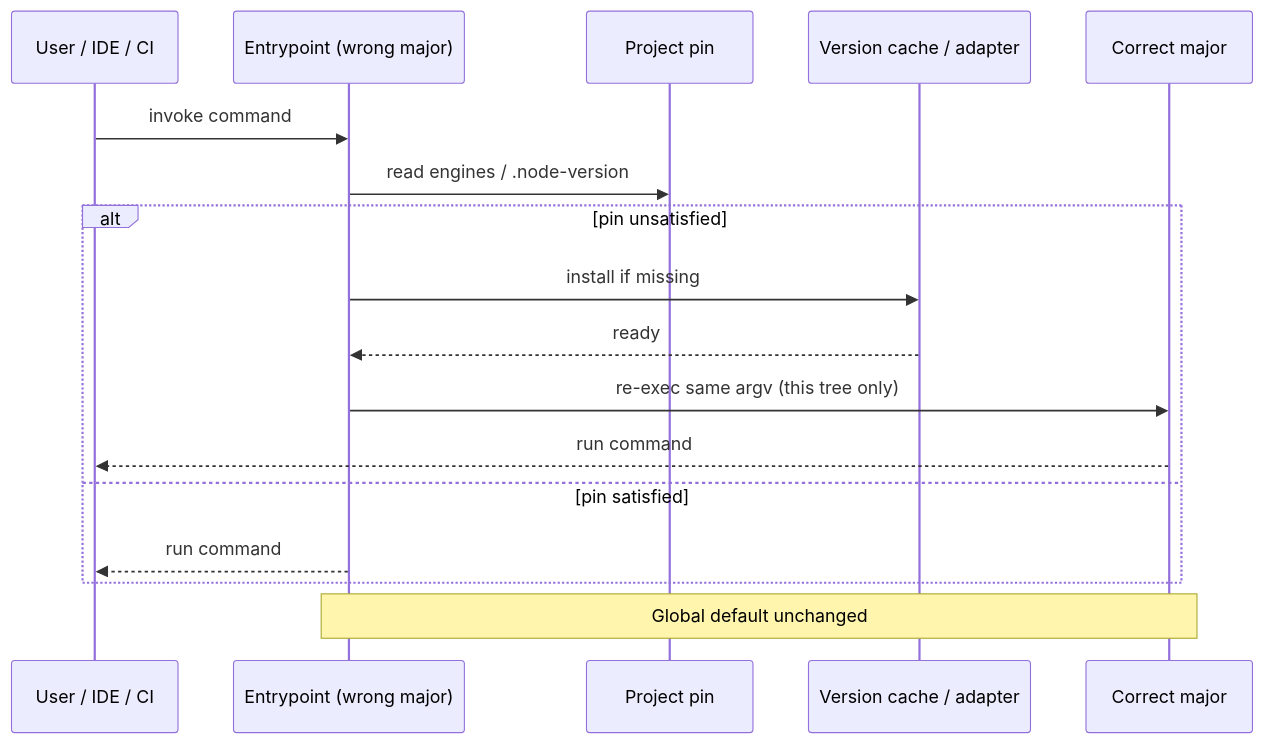
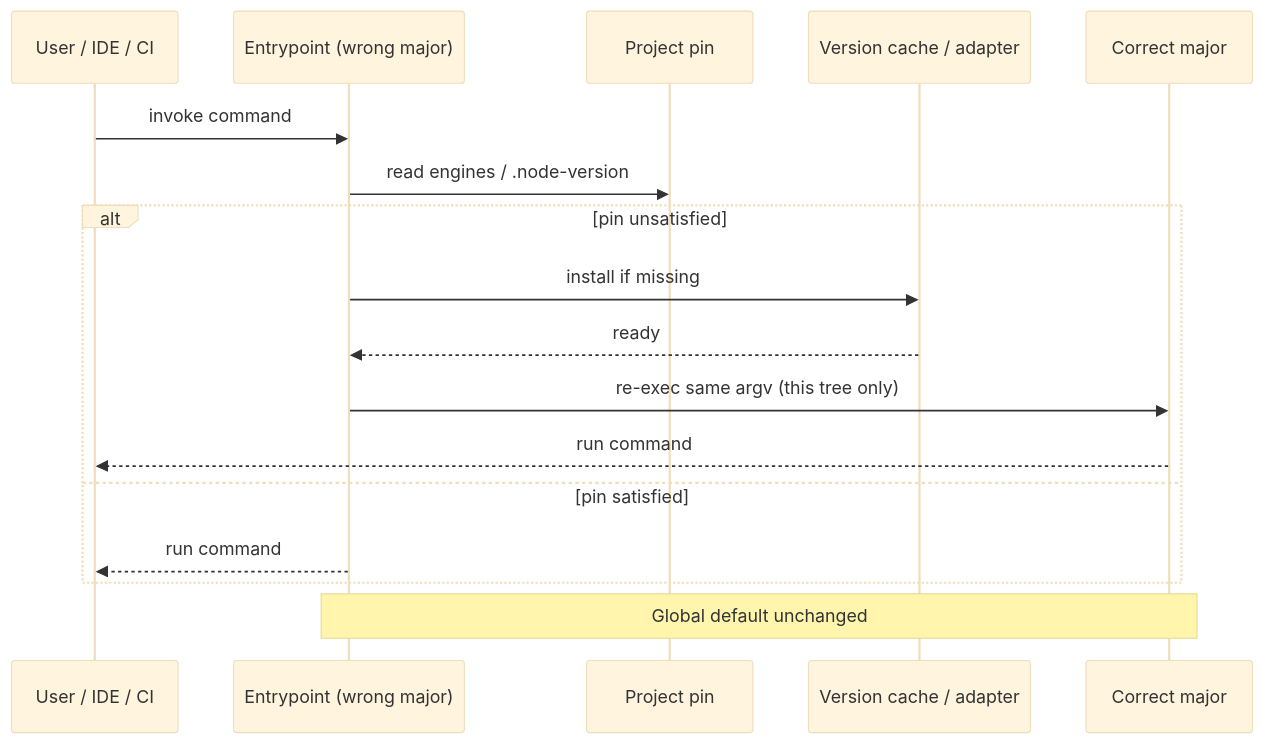
One commit to openshellorg/shell-architecture changed the diagram in docs/modules/ROOT/partials/diagrams/honest-entrypoint-dispatch.mmd. Above: the diagram before and after it, drawn with Mermaid. The commit also changed 57 other files, not shown here.

Commit message:
Add dual-output themed SVG architecture pipeline

```diff
--- a/docs/modules/ROOT/partials/diagrams/honest-entrypoint-dispatch.mmd
+++ b/docs/modules/ROOT/partials/diagrams/honest-entrypoint-dispatch.mmd
@@ -1,18 +1,19 @@
+%%{init: {"htmlLabels": false, "sequence": {"useMaxWidth": true}, "theme": "base"}}%%
 sequenceDiagram
   participant U as User / IDE / CI
   participant E as Entrypoint (wrong major)
   participant P as Project pin
   participant C as Version cache / adapter
   participant R as Correct major
 
   U->>E: invoke command
   E->>P: read engines / .node-version
   alt pin unsatisfied
     E->>C: install if missing
     C-->>E: ready
     E->>R: re-exec same argv (this tree only)
     R-->>U: run command
   else pin satisfied
     E-->>U: run command
   end
   Note over E,R: Global default unchanged
```
